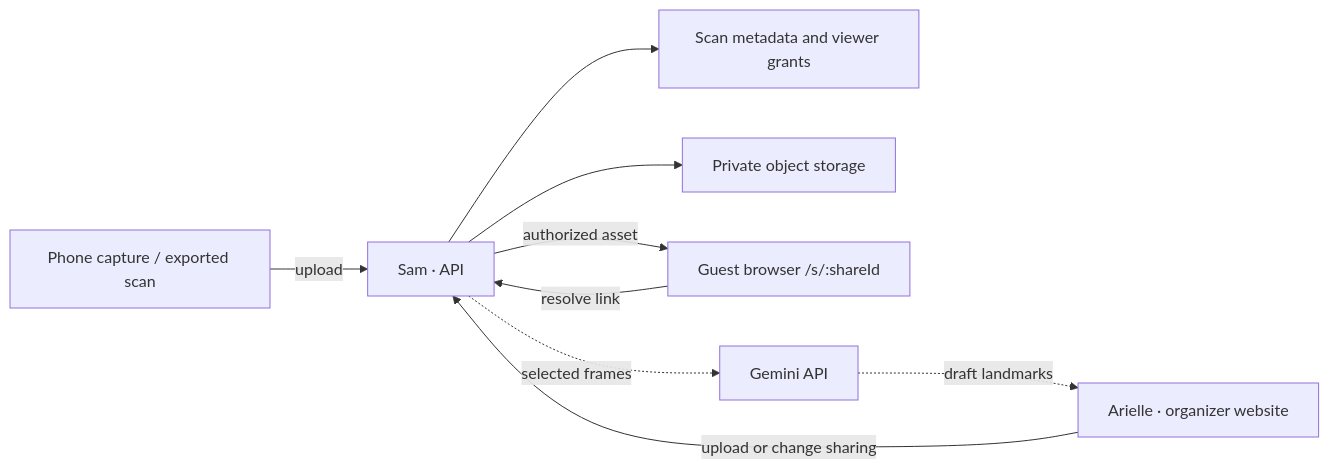
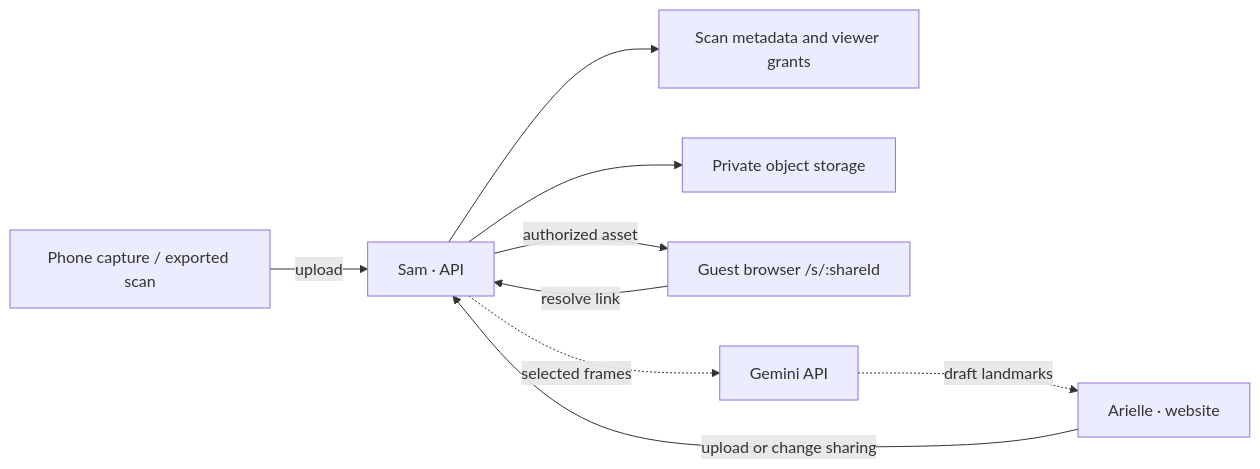
One commit to darkprince558/path-app changed the diagram in docs/architecture.md. Above: the diagram before and after it, drawn with Mermaid. The commit also changed other lines of this file and 9 other files, not shown here.

````diff
--- a/docs/architecture.md
+++ b/docs/architecture.md
@@ -7,11 +7,11 @@
 ```mermaid
 flowchart LR
     Phone["Phone capture / exported scan"] -->|upload| API["Sam · API"]
-    Web["Arielle · organizer website"] -->|upload or change sharing| API
+    Web["Arielle · website"] -->|upload or change sharing| API
     API --> DB["Scan metadata and viewer grants"]
     API --> Store["Private object storage"]
     Guest["Guest browser /s/:shareId"] -->|resolve link| API
     API -->|authorized asset| Guest
     API -. selected frames .-> Gemini["Gemini API"]
     Gemini -. draft landmarks .-> Web
 ```
````
